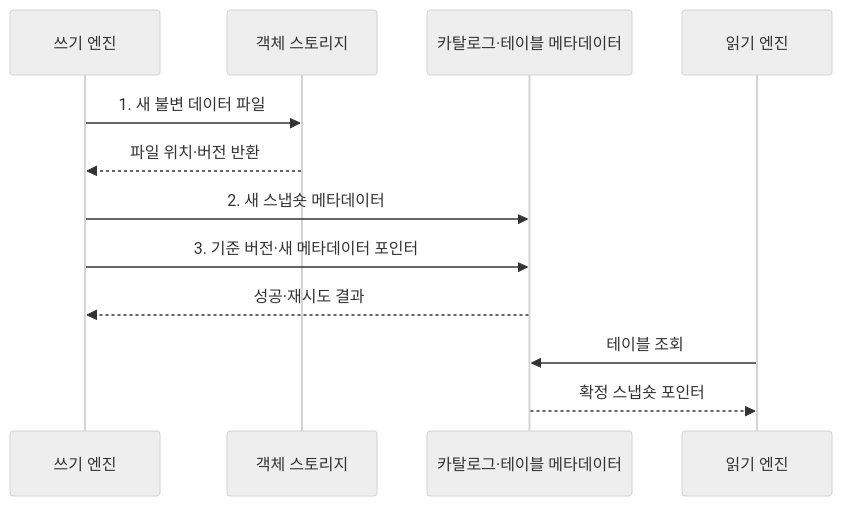
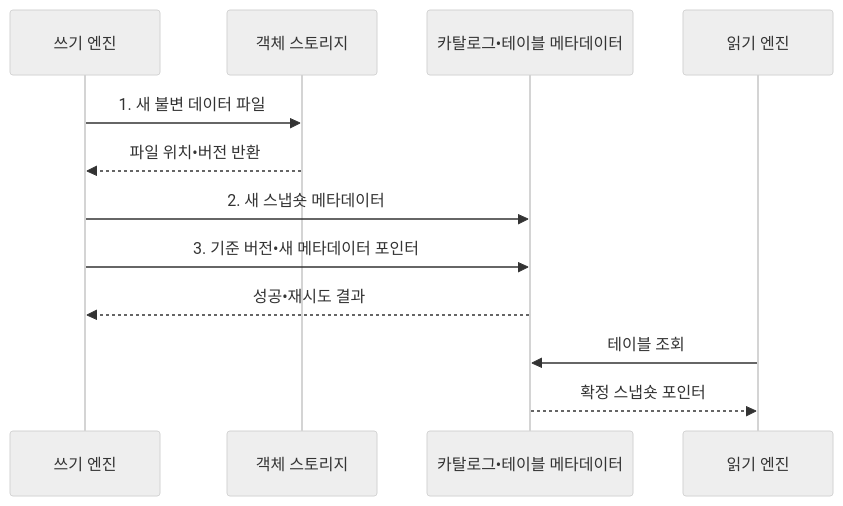
Before and after one commit to agnusdei1207/knowledge-base: the second of 2 diagrams in src/content/docs/notes/03-software/126_data_lakehouse.md, drawn with Mermaid (neutral theme). The commit also changed other lines of this file and 953 other files, not shown here.

````diff
--- a/src/content/docs/notes/03-software/126_data_lakehouse.md
+++ b/src/content/docs/notes/03-software/126_data_lakehouse.md
@@ -110,14 +110,14 @@
 ```mermaid
 sequenceDiagram
     participant W as 쓰기 엔진
     participant O as 객체 스토리지
-    participant C as 카탈로그·테이블 메타데이터
+    participant C as 카탈로그•테이블 메타데이터
     participant R as 읽기 엔진
     W->>O: 1. 새 불변 데이터 파일
-    O-->>W: 파일 위치·버전 반환
+    O-->>W: 파일 위치•버전 반환
     W->>C: 2. 새 스냅숏 메타데이터
-    W->>C: 3. 기준 버전·새 메타데이터 포인터
-    C-->>W: 성공·재시도 결과
+    W->>C: 3. 기준 버전•새 메타데이터 포인터
+    C-->>W: 성공•재시도 결과
     R->>C: 테이블 조회
     C-->>R: 확정 스냅숏 포인터
 ```
````
